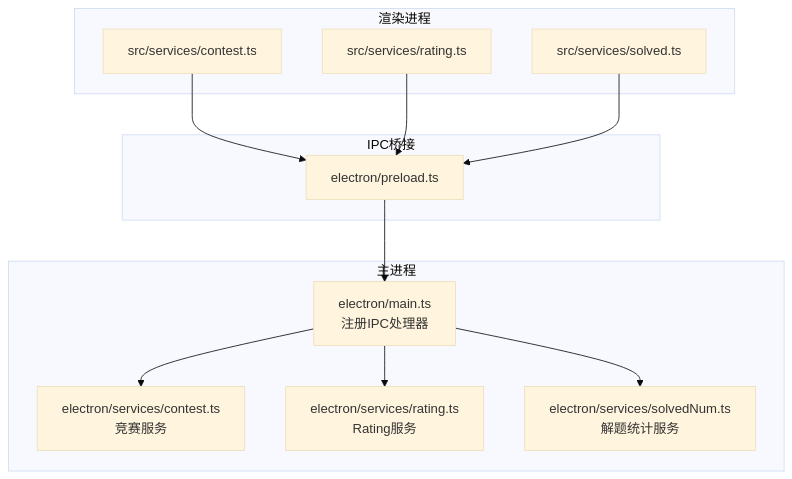
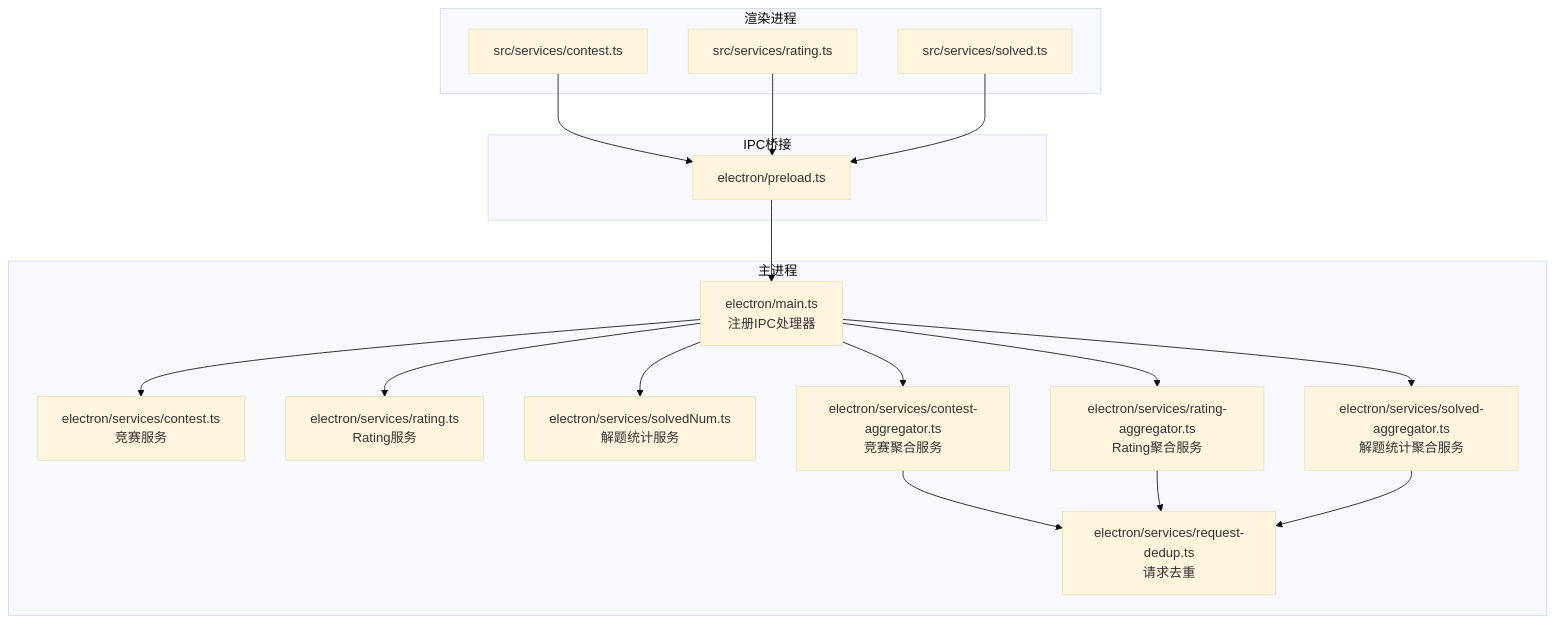
One commit to Siborne/OJFlow changed the first of 7 diagrams in .qoder/repowiki/zh/content/API参考/服务层API/服务层API.md. Above: the diagram before and after it, drawn with Mermaid (base theme). The commit also changed other lines of this file and 23 other files, not shown here.

````diff
--- a/.qoder/repowiki/zh/content/API参考/服务层API/服务层API.md
+++ b/.qoder/repowiki/zh/content/API参考/服务层API/服务层API.md
@@ -60,24 +70,34 @@
 ```mermaid
 graph TB
 subgraph "渲染进程"
 R1["src/services/contest.ts"]
 R2["src/services/rating.ts"]
 R3["src/services/solved.ts"]
 end
 subgraph "IPC桥接"
 P1["electron/preload.ts"]
 end
 subgraph "主进程"
 M1["electron/main.ts<br/>注册IPC处理器"]
 S1["electron/services/contest.ts<br/>竞赛服务"]
 S2["electron/services/rating.ts<br/>Rating服务"]
 S3["electron/services/solvedNum.ts<br/>解题统计服务"]
+A1["electron/services/contest-aggregator.ts<br/>竞赛聚合服务"]
+A2["electron/services/rating-aggregator.ts<br/>Rating聚合服务"]
+A3["electron/services/solved-aggregator.ts<br/>解题统计聚合服务"]
+D1["electron/services/request-dedup.ts<br/>请求去重"]
 end
 R1 --> P1
 R2 --> P1
 R3 --> P1
 P1 --> M1
+M1 --> A1
+M1 --> A2
+M1 --> A3
+A1 --> D1
+A2 --> D1
+A3 --> D1
 M1 --> S1
 M1 --> S2
 M1 --> S3
 ```
````
